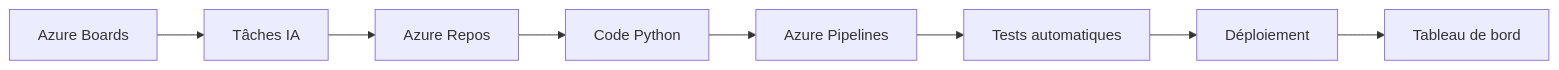
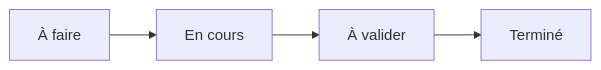
Before and after one commit to hrhouma1/processus-et-ecosystemes-ia: the second of 2 diagrams in 16-outils-gestion-projet-ia-documentation-tracabilite.md, drawn with Mermaid. The commit also changed other lines of this file, not shown here.

````diff
--- a/16-outils-gestion-projet-ia-documentation-tracabilite.md
+++ b/16-outils-gestion-projet-ia-documentation-tracabilite.md
@@ -730,10 +601,6 @@
 ```mermaid
 flowchart LR
-    A["Azure Boards"] --> B["Tâches IA"]
-    B --> C["Azure Repos"]
-    C --> D["Code Python"]
-    D --> E["Azure Pipelines"]
-    E --> F["Tests automatiques"]
-    F --> G["Déploiement"]
-    G --> H["Tableau de bord"]
+    A["À faire"] --> B["En cours"]
+    B --> C["À valider"]
+    C --> D["Terminé"]
 ```
````
